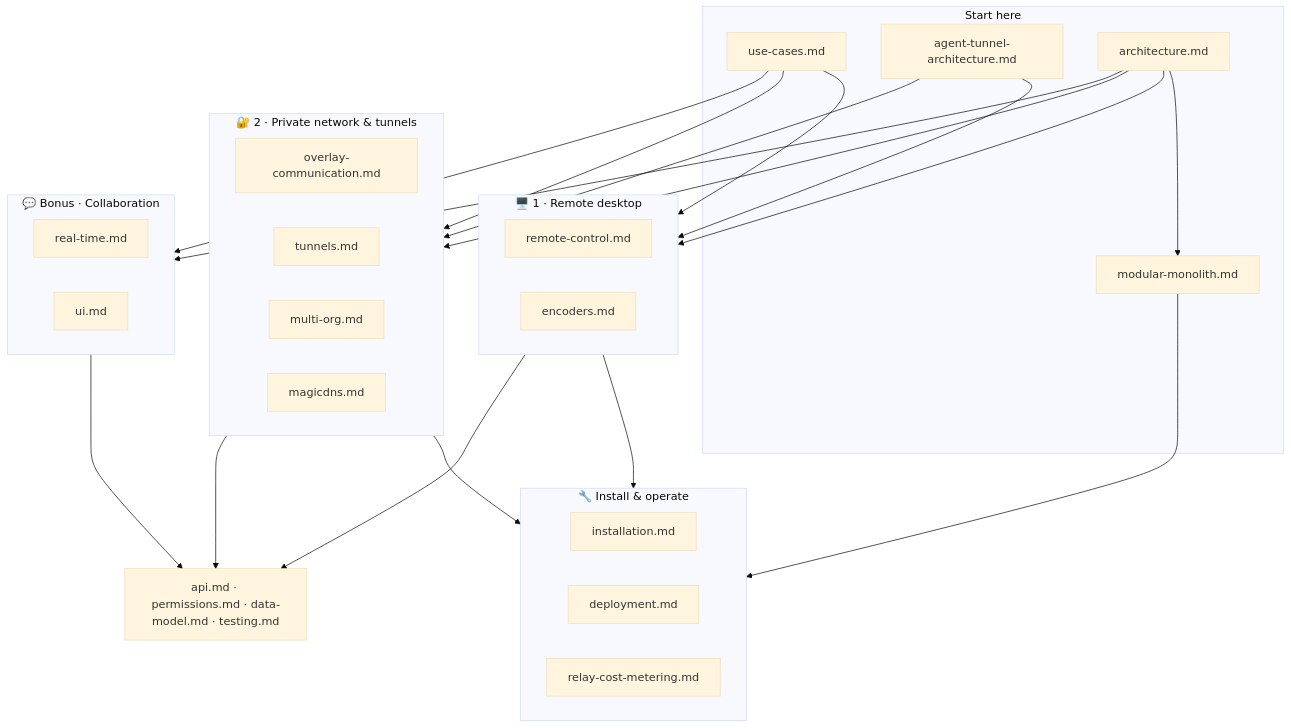
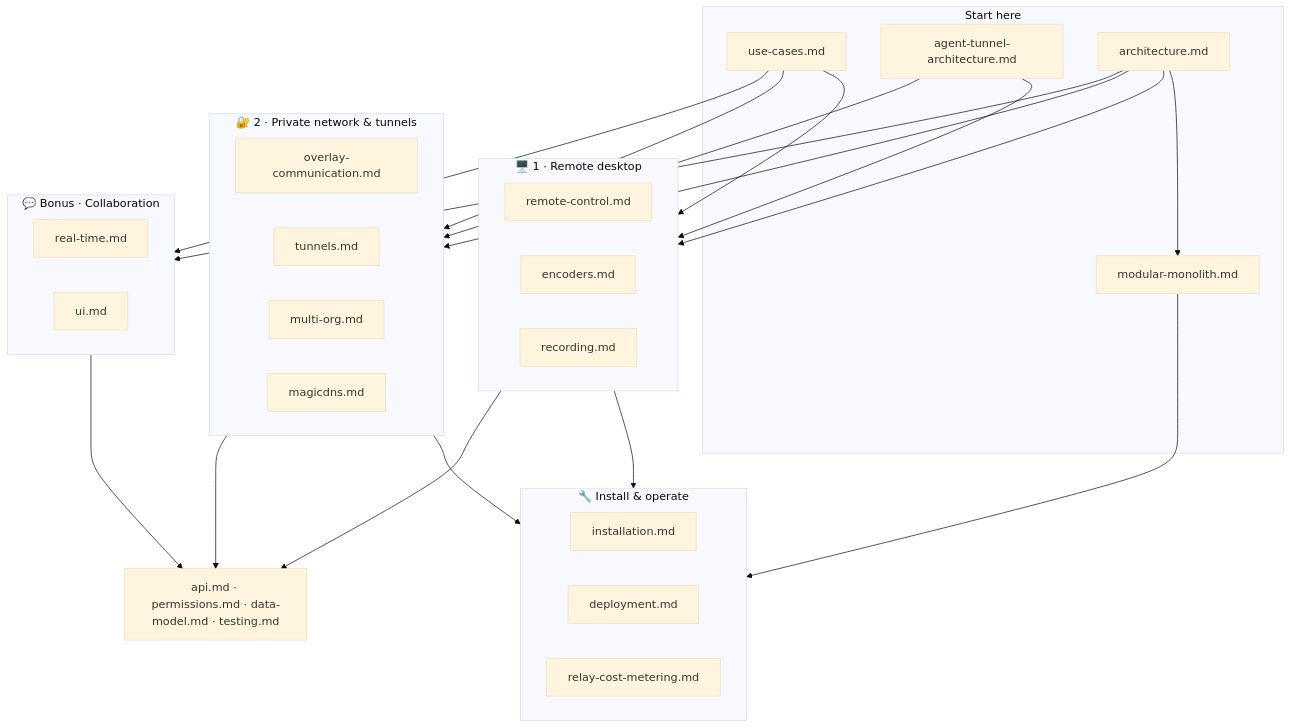
One commit to gjovanov/roomler-ai changed the diagram in docs/README.md. Above: the diagram before and after it, drawn with Mermaid (base theme). The commit also changed other lines of this file and 16 other files, not shown here.

````diff
--- a/docs/README.md
+++ b/docs/README.md
@@ -24,42 +24,43 @@
 ```mermaid
 flowchart TB
     subgraph entry["Start here"]
         UC["use-cases.md"]
         ATA["agent-tunnel-architecture.md"]
         ARCH["architecture.md"]
         MM["modular-monolith.md"]
     end
 
     subgraph rd["🖥️ 1 · Remote desktop"]
         RC["remote-control.md"]
         ENC["encoders.md"]
+        REC["recording.md"]
     end
 
     subgraph net["🔐 2 · Private network & tunnels"]
         OC["overlay-communication.md"]
         TUN["tunnels.md"]
         MO["multi-org.md"]
         MDNS["magicdns.md"]
     end
 
     subgraph collab["💬 Bonus · Collaboration"]
         RT["real-time.md"]
         UIX["ui.md"]
     end
 
     subgraph ops["🔧 Install & operate"]
         INST["installation.md"]
         DEP["deployment.md"]
         RCM["relay-cost-metering.md"]
     end
 
     REF["api.md · permissions.md · data-model.md · testing.md"]
 
     UC --> rd & net & collab
     ATA --> rd & net
     ARCH --> rd & net & collab
     ARCH --> MM
     MM --> ops
     rd & net --> ops
     rd & net & collab --> REF
 ```
````
